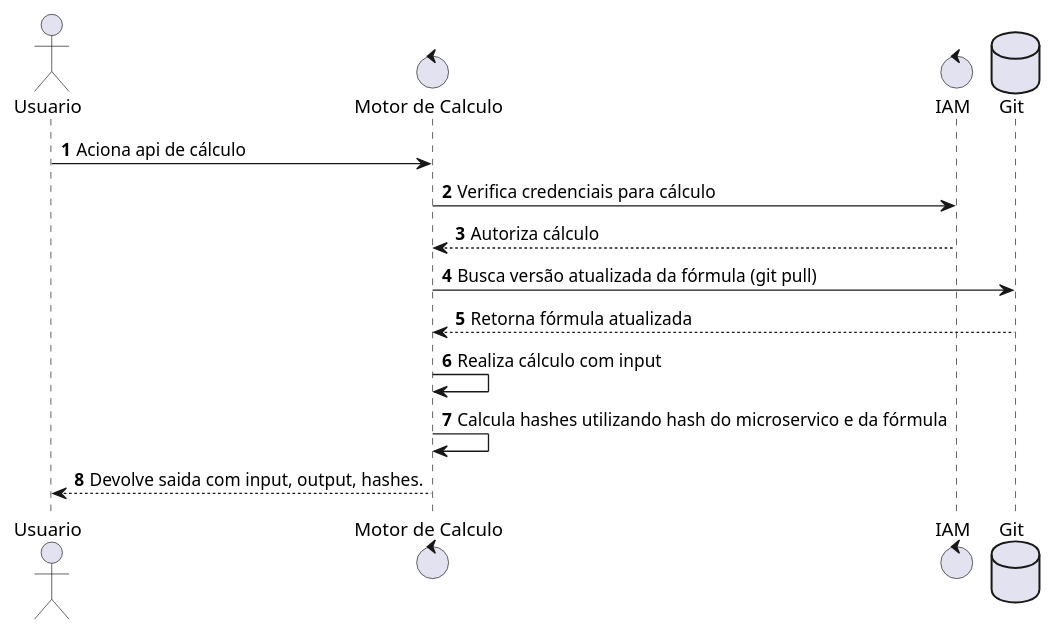
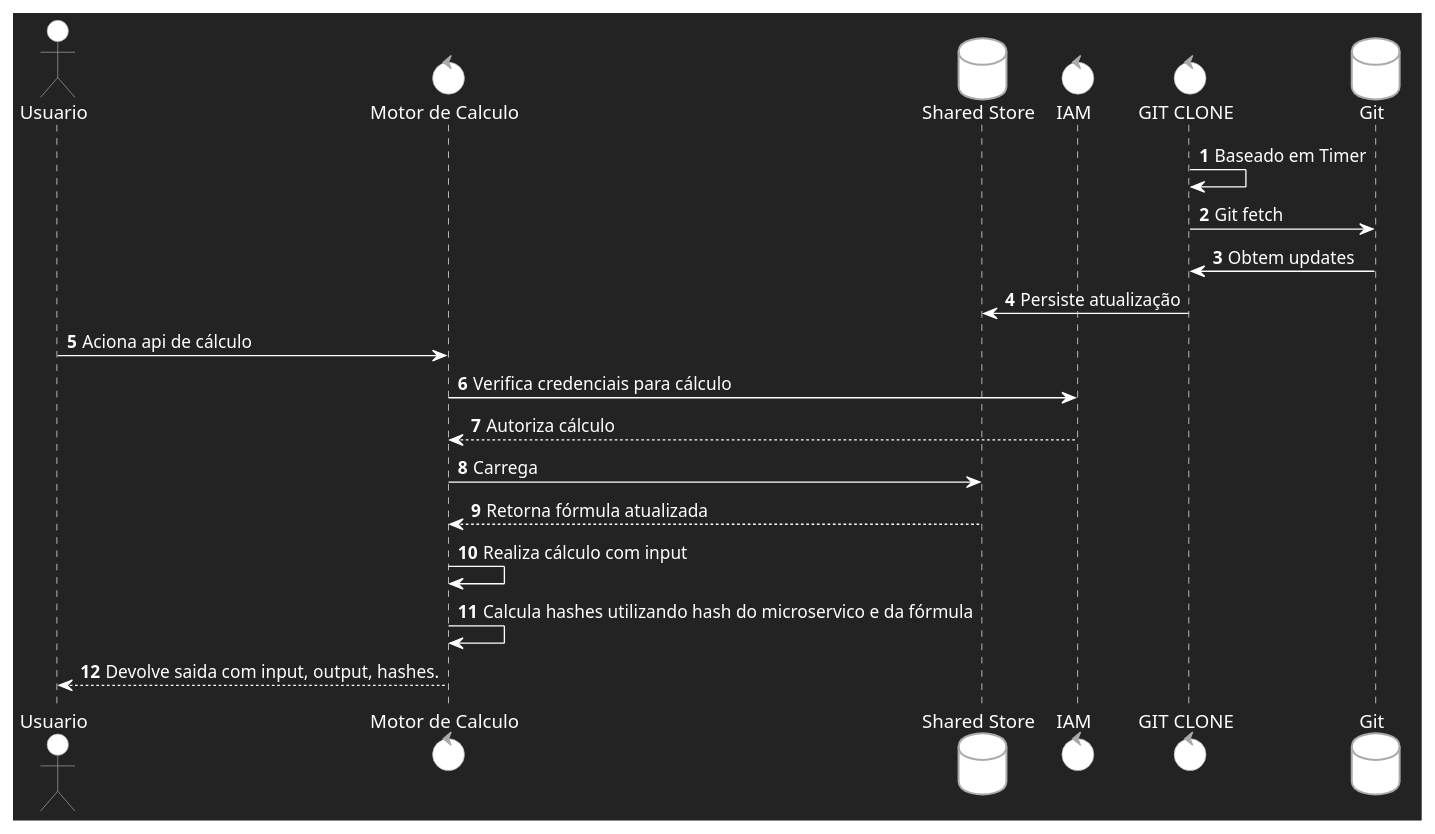
The diagram in docs/seq.puml (duxthemux/embeddedlangs), drawn with PlantUML before and after one commit. The commit also changed 91 other files, not shown here.

```diff
--- a/docs/seq.puml
+++ b/docs/seq.puml
@@ -1,19 +1,53 @@
 @startuml
 'https://plantuml.com/sequence-diagram
+skinparam backgroundColor #232323
+
+skinparam sequence {
+    ArrowColor white
+    ArrowFontColor white
+    LifeLineBorderColor white
+}
+
+skinparam actor {
+    BackgroundColor white
+    foregroundColor white
+    FontColor white
+    BorderColor #AAAAAA
+}
+
+skinparam control {
+    BackgroundColor white
+    foregroundColor white
+    FontColor white
+    BorderColor #AAAAAA
+
+}
+
+skinparam database {
+    BackgroundColor white
+    foregroundColor white
+    FontColor white
+    BorderColor #AAAAAA
+}
 
 autonumber
 actor Usuario as user
 control "Motor de Calculo" as microservice
+database "Shared Store" as sharedstorage
 control IAM as iam
+control "GIT CLONE" as gitclone
 database Git as git
-
+gitclone -> gitclone : Baseado em Timer
+gitclone   -> git: Git fetch
+git -> gitclone: Obtem updates
+gitclone -> sharedstorage : Persiste atualização
 user -> microservice : Aciona api de cálculo
 microservice -> iam : Verifica credenciais para cálculo
 iam --> microservice: Autoriza cálculo
-microservice -> git : Busca versão atualizada da fórmula (git pull)
-git --> microservice: Retorna fórmula atualizada
+microservice -> sharedstorage : Carrega
+sharedstorage --> microservice: Retorna fórmula atualizada
 microservice -> microservice: Realiza cálculo com input
 microservice -> microservice: Calcula hashes utilizando hash do microservico e da fórmula
 microservice --> user: Devolve saida com input, output, hashes.
 
 @enduml
```
